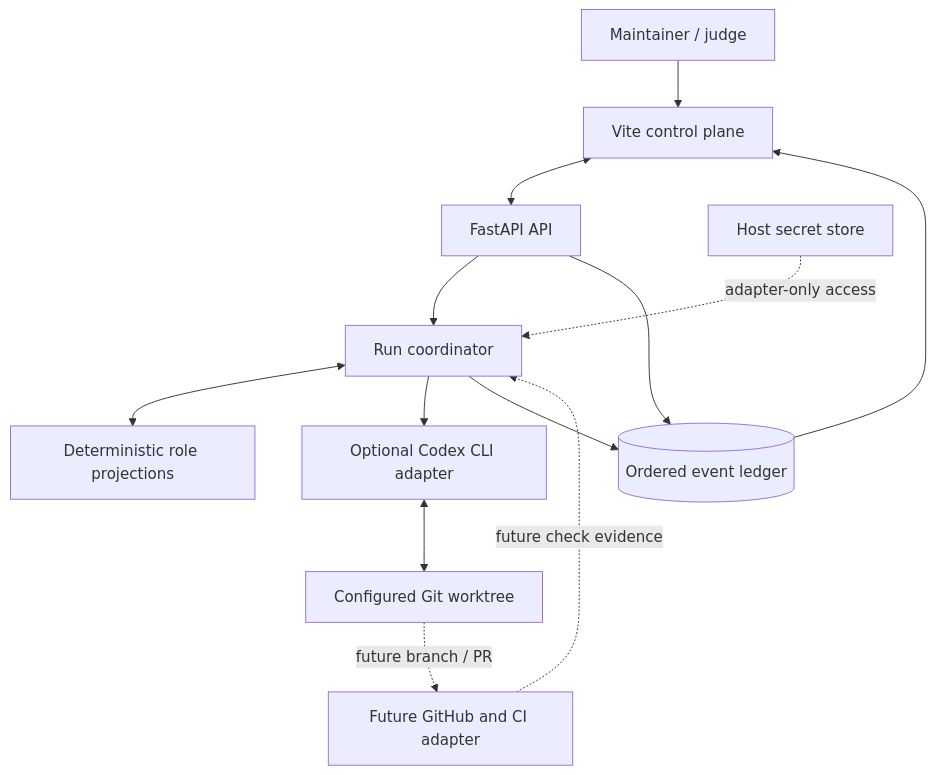
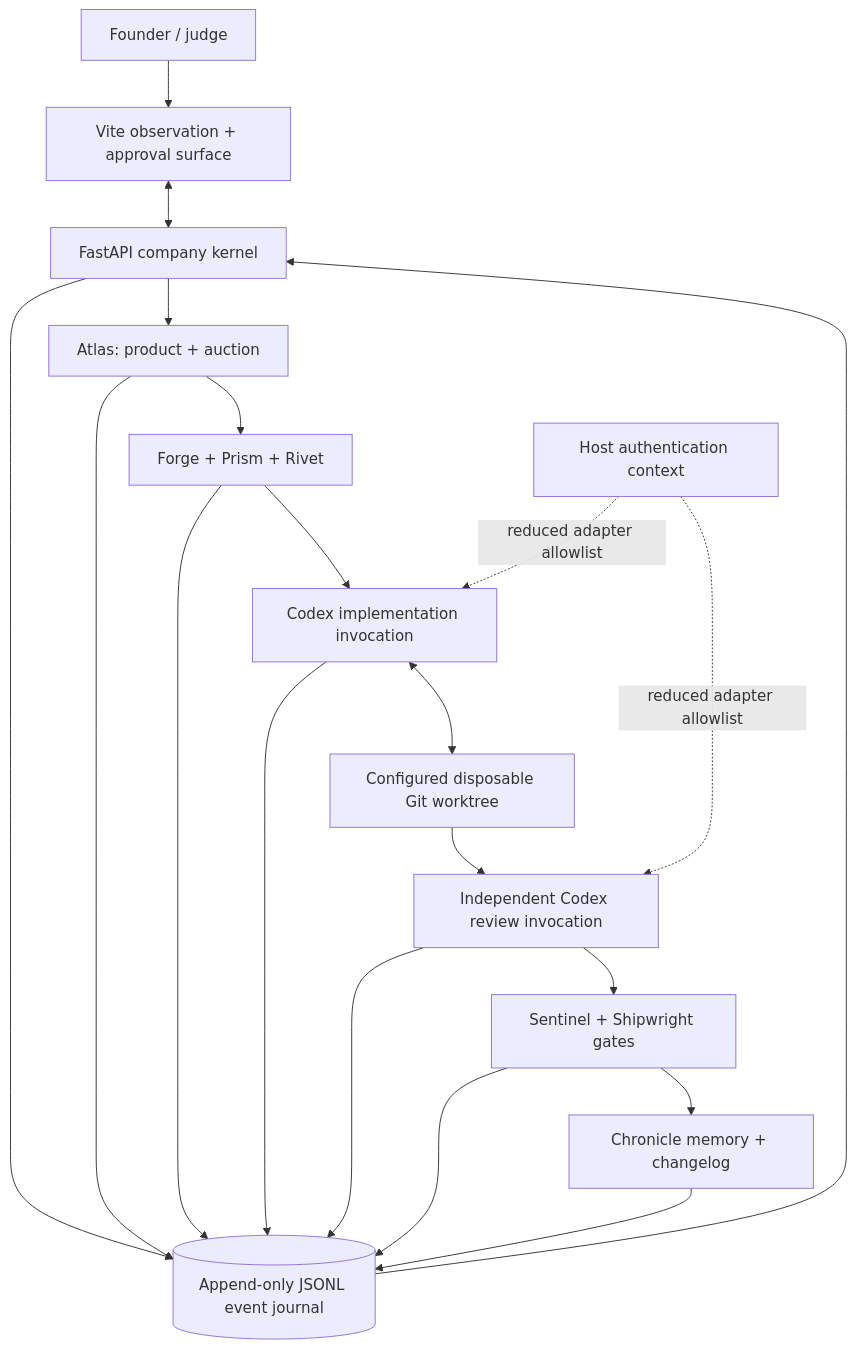
The first of 3 diagrams in docs/ARCHITECTURE.md (himanshu748/dhurandhar), drawn with Mermaid before and after one commit. The commit also changed other lines of this file and 59 other files, not shown here.

````diff
--- a/docs/ARCHITECTURE.md
+++ b/docs/ARCHITECTURE.md
@@ -41,26 +34,35 @@
 ```mermaid
 flowchart TB
-    Maintainer["Maintainer / judge"]
-    Browser["Vite control plane"]
-    API["FastAPI API"]
-    Coordinator["Run coordinator"]
-    Roles["Deterministic role projections"]
-    Codex["Optional Codex CLI adapter"]
-    Workspace["Configured Git worktree"]
-    GitHub["Future GitHub and CI adapter"]
-    Events[("Ordered event ledger")]
-    Secrets["Host secret store"]
+    Founder["Founder / judge"]
+    Browser["Vite observation + approval surface"]
+    API["FastAPI company kernel"]
+    Atlas["Atlas: product + auction"]
+    Engineers["Forge + Prism + Rivet"]
+    Impl["Codex implementation invocation"]
+    Worktree["Configured disposable Git worktree"]
+    Review["Independent Codex review invocation"]
+    Gates["Sentinel + Shipwright gates"]
+    Chronicle["Chronicle memory + changelog"]
+    Events[("Append-only JSONL event journal")]
+    Secrets["Host authentication context"]
 
-    Maintainer --> Browser
+    Founder --> Browser
     Browser <--> API
-    API --> Coordinator
-    Coordinator <--> Roles
-    Coordinator --> Codex
-    Codex <--> Workspace
-    Workspace -. future branch / PR .-> GitHub
-    GitHub -. future check evidence .-> Coordinator
-    Coordinator --> Events
+    API --> Atlas
+    Atlas --> Engineers
+    Engineers --> Impl
+    Impl <--> Worktree
+    Worktree --> Review
+    Review --> Gates
+    Gates --> Chronicle
     API --> Events
-    Events --> Browser
-    Secrets -. "adapter-only access" .-> Coordinator
+    Atlas --> Events
+    Engineers --> Events
+    Impl --> Events
+    Review --> Events
+    Gates --> Events
+    Chronicle --> Events
+    Events --> API
+    Secrets -. "reduced adapter allowlist" .-> Impl
+    Secrets -. "reduced adapter allowlist" .-> Review
 ```
````
